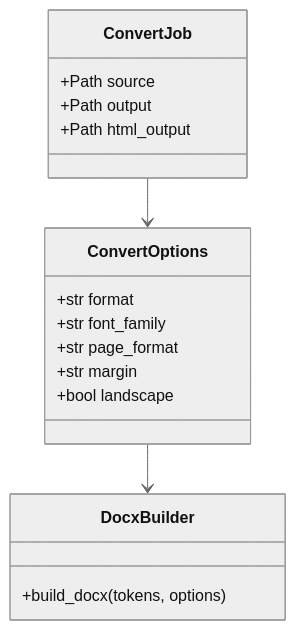
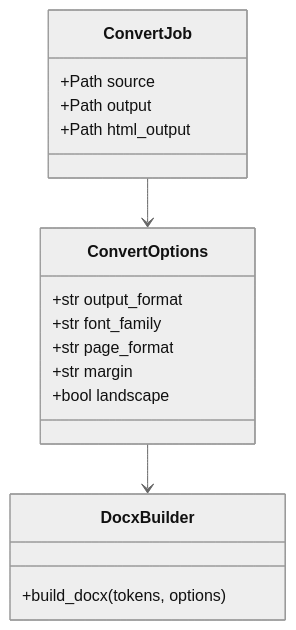
One commit to hamid-morsali-786/MdPersia changed the third of 5 diagrams in README.md. Above: the diagram before and after it, drawn with Mermaid (neutral theme). The commit also changed other lines of this file and 2 other files, not shown here.

````diff
--- a/README.md
+++ b/README.md
@@ -194,20 +194,20 @@
 ```mermaid
 classDiagram
     class ConvertJob {
         +Path source
         +Path output
         +Path html_output
     }
     class ConvertOptions {
-        +str format
+        +str output_format
         +str font_family
         +str page_format
         +str margin
         +bool landscape
     }
     class DocxBuilder {
         +build_docx(tokens, options)
     }
     ConvertJob --> ConvertOptions
     ConvertOptions --> DocxBuilder
 ```
````
